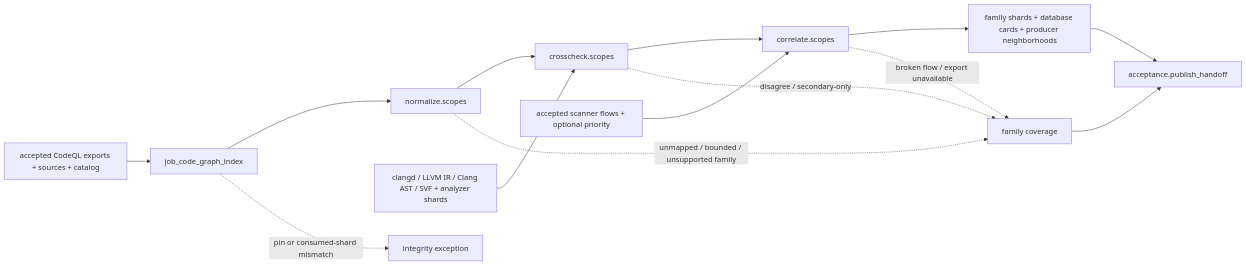
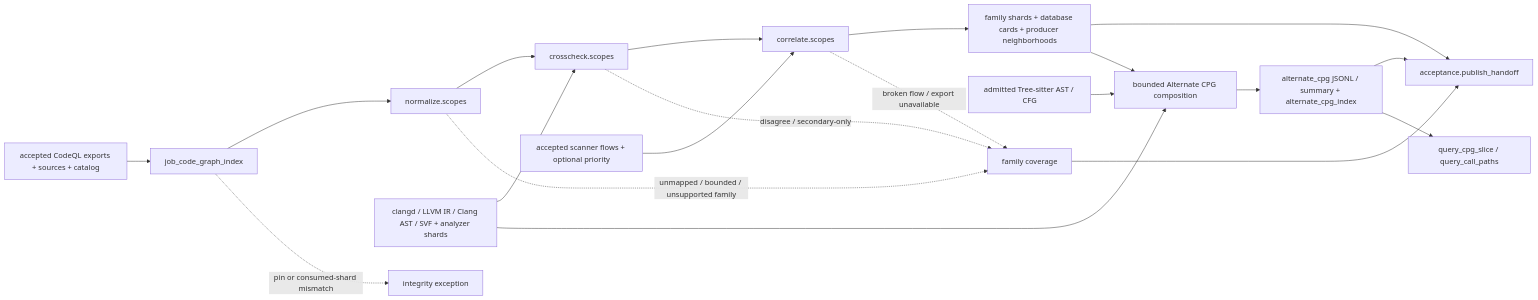
One commit to wsollers/appsec-review changed the second of 2 diagrams in docs/operations/job_code_graph_index.md. Above: the diagram before and after it, drawn with Mermaid. The commit also changed other lines of this file and 27 other files, not shown here.

````diff
--- a/docs/operations/job_code_graph_index.md
+++ b/docs/operations/job_code_graph_index.md
@@ -501,16 +517,22 @@
 ```mermaid
 flowchart LR
   exports["accepted CodeQL exports + sources + catalog"] --> job["job_code_graph_index"]
   job --> normalize["normalize.scopes"]
   normalize --> cross["crosscheck.scopes"]
   secondary["clangd / LLVM IR / Clang AST / SVF + analyzer shards"] --> cross
   cross --> correlate["correlate.scopes"]
   observations["accepted scanner flows + optional priority"] --> correlate
   correlate --> output["family shards + database cards + producer neighborhoods"]
   output --> publish["acceptance.publish_handoff"]
+  output --> alt["bounded Alternate CPG composition"]
+  secondary --> alt
+  syntax["admitted Tree-sitter AST / CFG"] --> alt
+  alt --> altout["alternate_cpg JSONL / summary + alternate_cpg_index"]
+  altout --> publish
+  altout --> query["query_cpg_slice / query_call_paths"]
   normalize -. "unmapped / bounded / unsupported family" .-> gaps["family coverage"]
   cross -. "disagree / secondary-only" .-> gaps
   correlate -. "broken flow / export unavailable" .-> gaps
   gaps --> publish
   job -. "pin or consumed-shard mismatch" .-> stop["integrity exception"]
 ```
````
